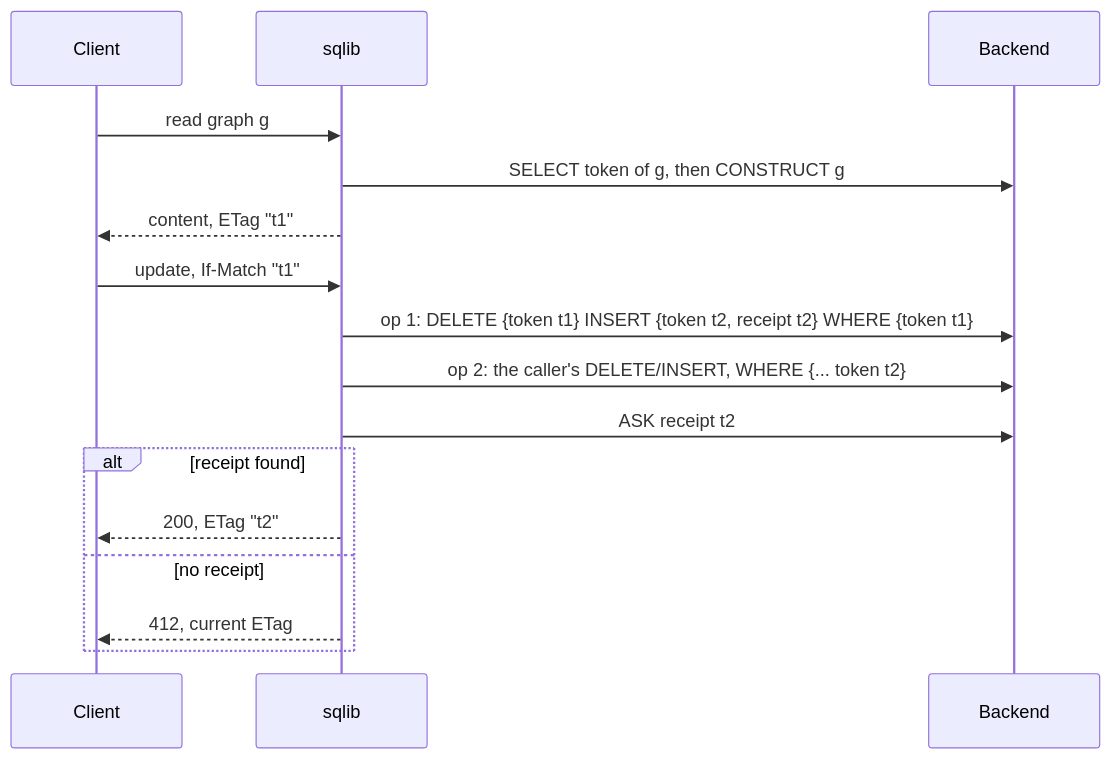
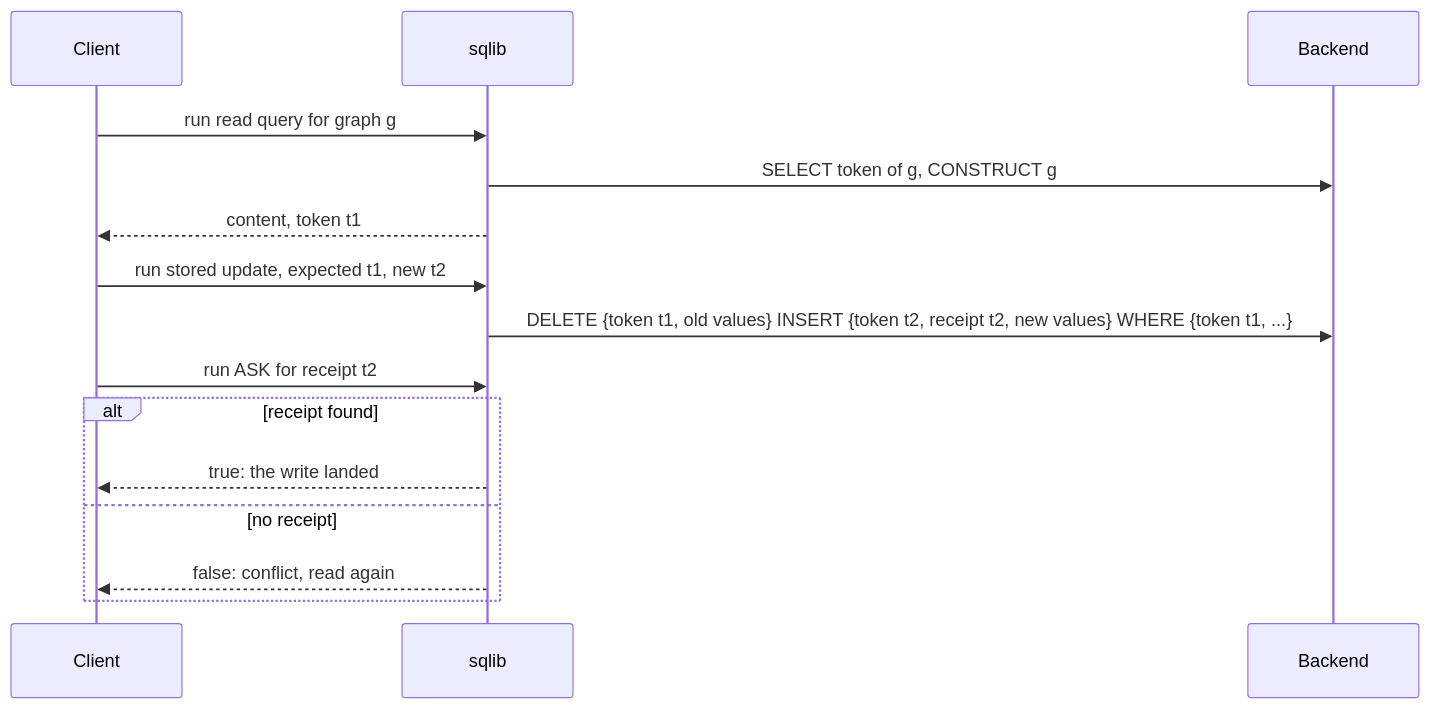
The diagram in docs/proposals/graph-version-concurrency.md (recalcitrantsupplant/sqlib), drawn with Mermaid before and after one commit. The commit also changed other lines of this file, not shown here.

First line of the commit message:
docs(proposals): make the version guard an authoring pattern in stored updates

````diff
--- a/docs/proposals/graph-version-concurrency.md
+++ b/docs/proposals/graph-version-concurrency.md
@@ -32,18 +32,17 @@
 ```mermaid
 sequenceDiagram
   participant C as Client
   participant S as sqlib
   participant B as Backend
-  C->>S: read graph g
-  S->>B: SELECT token of g, then CONSTRUCT g
-  S-->>C: content, ETag "t1"
-  C->>S: update, If-Match "t1"
-  S->>B: op 1: DELETE {token t1} INSERT {token t2, receipt t2} WHERE {token t1}
-  S->>B: op 2: the caller's DELETE/INSERT, WHERE {... token t2}
-  S->>B: ASK receipt t2
+  C->>S: run read query for graph g
+  S->>B: SELECT token of g, CONSTRUCT g
+  S-->>C: content, token t1
+  C->>S: run stored update, expected t1, new t2
+  S->>B: DELETE {token t1, old values} INSERT {token t2, receipt t2, new values} WHERE {token t1, ...}
+  C->>S: run ASK for receipt t2
   alt receipt found
-    S-->>C: 200, ETag "t2"
+    S-->>C: true: the write landed
   else no receipt
-    S-->>C: 412, current ETag
+    S-->>C: false: conflict, read again
   end
 ```
````
